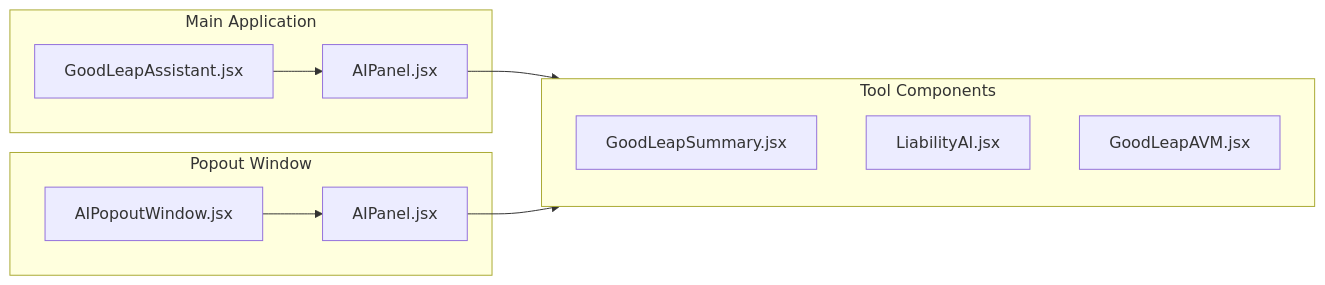
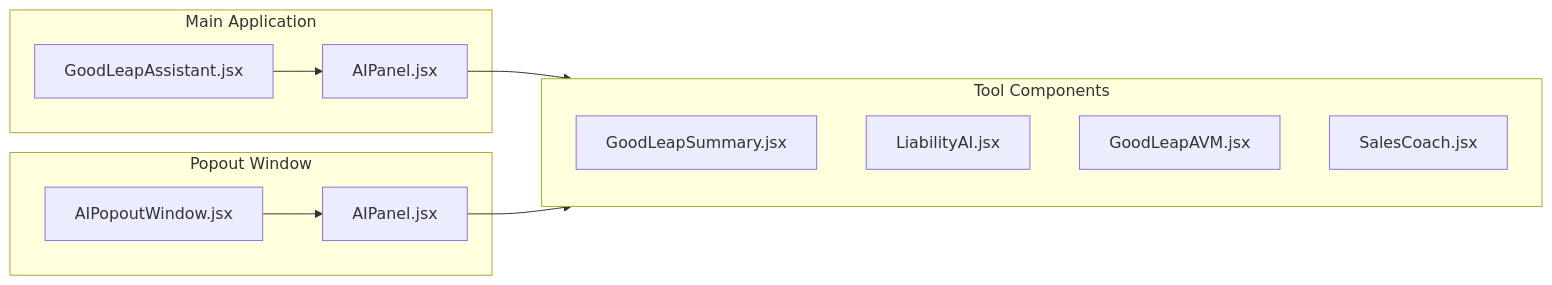
One commit to rohan2207/loan-pricing-tool changed the fourth of 4 diagrams in lumos-app/docs/AI_FEATURES_PRD.md. Above: the diagram before and after it, drawn with Mermaid. The commit also changed other lines of this file and 28 other files, not shown here.

Commit message:
Sales Coach: present all interest calculations as estimates

````diff
--- a/lumos-app/docs/AI_FEATURES_PRD.md
+++ b/lumos-app/docs/AI_FEATURES_PRD.md
@@ -346,23 +350,24 @@
 ```mermaid
 flowchart LR
     subgraph MainApp [Main Application]
         GoodLeapAssistant[GoodLeapAssistant.jsx]
         AIPanel[AIPanel.jsx]
     end
     
     subgraph PopoutRoute [Popout Window]
         AIPopoutWindow[AIPopoutWindow.jsx]
         AIPanel2[AIPanel.jsx]
     end
     
     subgraph Tools [Tool Components]
         Summary[GoodLeapSummary.jsx]
         Liability[LiabilityAI.jsx]
         AVM[GoodLeapAVM.jsx]
+        Coach[SalesCoach.jsx]
     end
     
     GoodLeapAssistant --> AIPanel
     AIPanel --> Tools
     AIPopoutWindow --> AIPanel2
     AIPanel2 --> Tools
 ```
````
